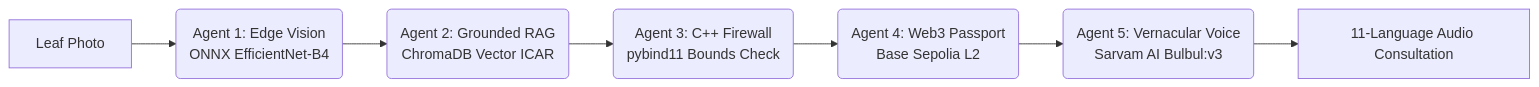
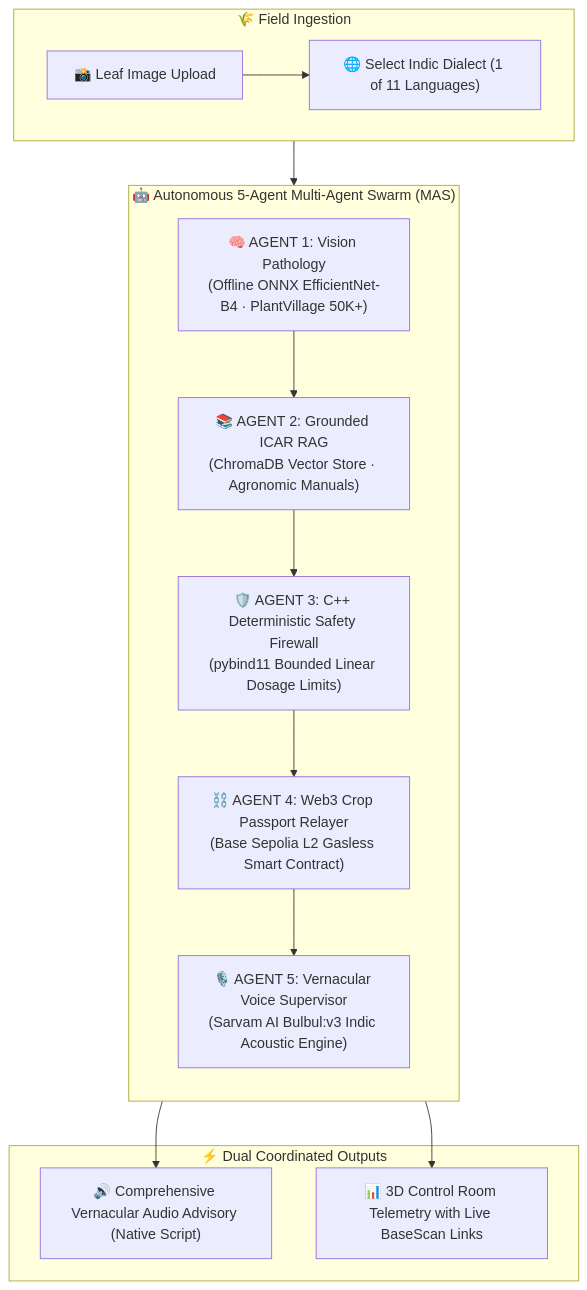
One commit to Player1205/AgriNexus changed the diagram in README.md. Above: the diagram before and after it, drawn with Mermaid. The commit also changed other lines of this file, not shown here.

Commit message:
docs: restructure README with Table of Contents, dedicated Problem & Solution sections, and large top-down architecture diagram

````diff
--- a/README.md
+++ b/README.md
@@ -41,9 +69,22 @@
 ```mermaid
-flowchart LR
-    A[Leaf Photo] --> B(Agent 1: Edge Vision\nONNX EfficientNet-B4)
-    B --> C(Agent 2: Grounded RAG\nChromaDB Vector ICAR)
-    C --> D(Agent 3: C++ Firewall\npybind11 Bounds Check)
-    D --> E(Agent 4: Web3 Passport\nBase Sepolia L2)
-    E --> F(Agent 5: Vernacular Voice\nSarvam AI Bulbul:v3)
-    F --> G[11-Language Audio Consultation]
+flowchart TD
+    subgraph IN ["🌾 Field Ingestion"]
+        A["📸 Leaf Image Upload"] --> B["🌐 Select Indic Dialect (1 of 11 Languages)"]
+    end
+
+    subgraph SWARM ["🤖 Autonomous 5-Agent Multi-Agent Swarm (MAS)"]
+        direction TB
+        C["🧠 AGENT 1: Vision Pathology\n(Offline ONNX EfficientNet-B4 · PlantVillage 50K+)"]
+        --> D["📚 AGENT 2: Grounded ICAR RAG\n(ChromaDB Vector Store · Agronomic Manuals)"]
+        --> E["🛡️ AGENT 3: C++ Deterministic Safety Firewall\n(pybind11 Bounded Linear Dosage Limits)"]
+        --> F["⛓️ AGENT 4: Web3 Crop Passport Relayer\n(Base Sepolia L2 Gasless Smart Contract)"]
+        --> G["🎙️ AGENT 5: Vernacular Voice Supervisor\n(Sarvam AI Bulbul:v3 Indic Acoustic Engine)"]
+    end
+
+    subgraph OUT ["⚡ Dual Coordinated Outputs"]
+        G --> H["🔊 Comprehensive Vernacular Audio Advisory (Native Script)"]
+        F --> I["📊 3D Control Room Telemetry with Live BaseScan Links"]
+    end
+
+    IN --> SWARM
 ```
````
